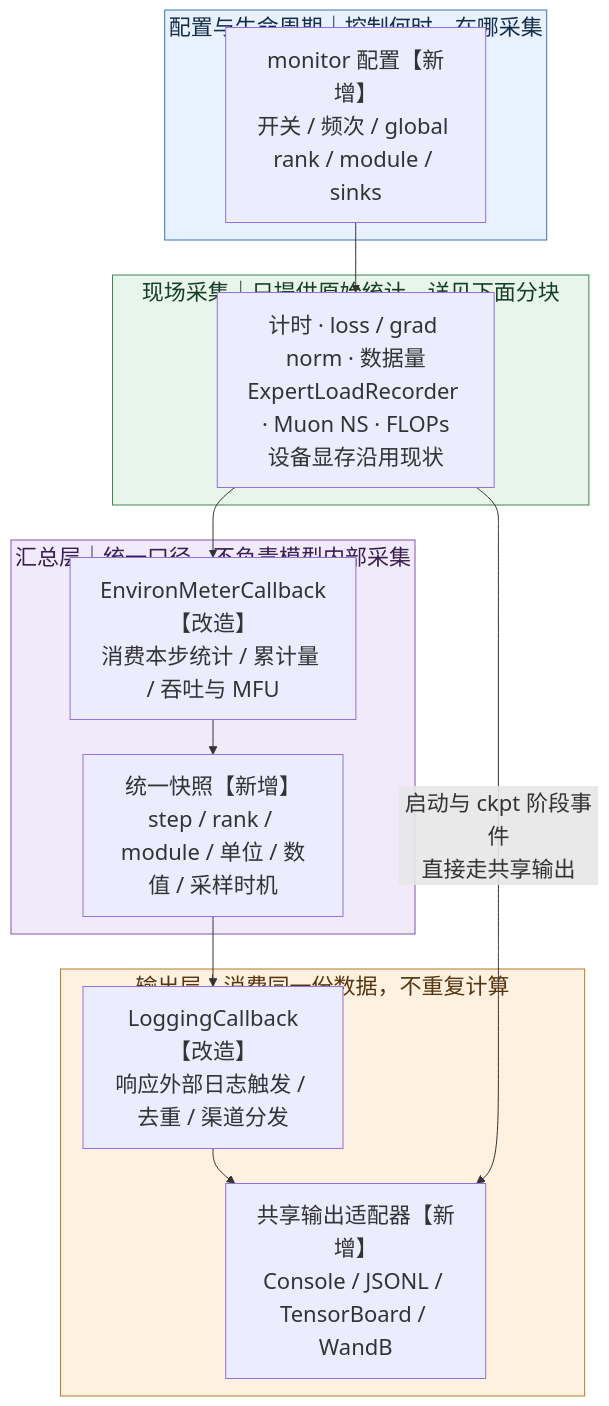
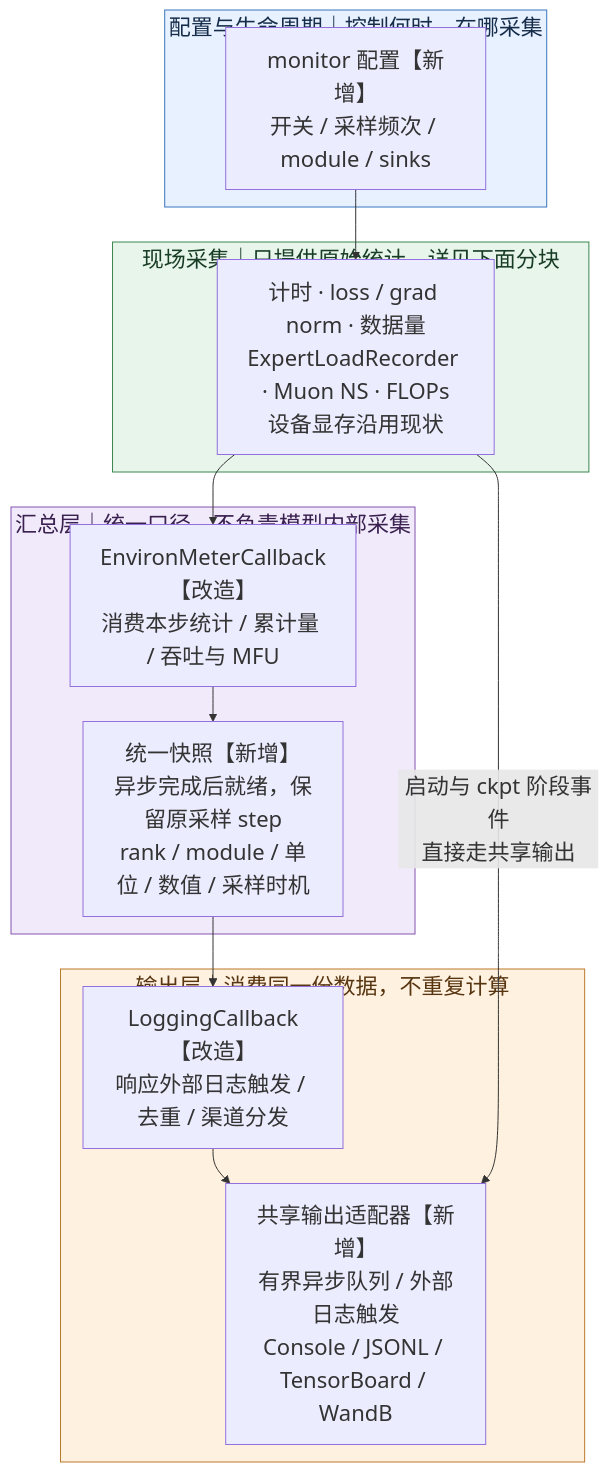
The first of 5 diagrams in docs/design/trainer_monitoring_plan.md (mindspore-ai/hyper-parallel), drawn with Mermaid before and after one commit. The commit also changed other lines of this file and 2 other files, not shown here.

Commit message:
docs: refine trainer monitor collection and diagnostics

````diff
--- a/docs/design/trainer_monitoring_plan.md
+++ b/docs/design/trainer_monitoring_plan.md
@@ -14,27 +14,27 @@
 ```mermaid
 %%{init: {"themeVariables": {"fontSize": "22px"}, "flowchart": {"nodeSpacing": 25, "rankSpacing": 35}}}%%
 flowchart TB
     subgraph CONFIG["配置与生命周期｜控制何时、在哪采集"]
-        C["monitor 配置【新增】<br/>开关 / 频次 / global rank / module / sinks"]
+        C["monitor 配置【新增】<br/>开关 / 采样频次 / module / sinks"]
     end
     subgraph COLLECT["现场采集｜只提供原始统计，详见下面分块"]
         H["计时 · loss / grad norm · 数据量<br/>ExpertLoadRecorder · Muon NS · FLOPs<br/>设备显存沿用现状"]
     end
     subgraph AGG["汇总层｜统一口径，不负责模型内部采集"]
         M["EnvironMeterCallback【改造】<br/>消费本步统计 / 累计量 / 吞吐与 MFU"]
-        S["统一快照【新增】<br/>step / rank / module / 单位 / 数值 / 采样时机"]
+        S["统一快照【新增】<br/>异步完成后就绪，保留原采样 step<br/>rank / module / 单位 / 数值 / 采样时机"]
         M --> S
     end
     subgraph OUTPUT["输出层｜消费同一份数据，不重复计算"]
         L["LoggingCallback【改造】<br/>响应外部日志触发 / 去重 / 渠道分发"]
-        W["共享输出适配器【新增】<br/>Console / JSONL / TensorBoard / WandB"]
+        W["共享输出适配器【新增】<br/>有界异步队列 / 外部日志触发<br/>Console / JSONL / TensorBoard / WandB"]
         L --> W
     end
     C --> H --> M
     S --> L
     H -- "启动与 ckpt 阶段事件<br/>直接走共享输出" --> W
     style CONFIG fill:#e8f1ff,stroke:#3975bd,color:#162d4a
     style COLLECT fill:#e8f5eb,stroke:#3b8751,color:#173d25
     style AGG fill:#f1eafb,stroke:#8354ad,color:#39204f
     style OUTPUT fill:#fff1df,stroke:#bb792b,color:#573510
 ```
````
